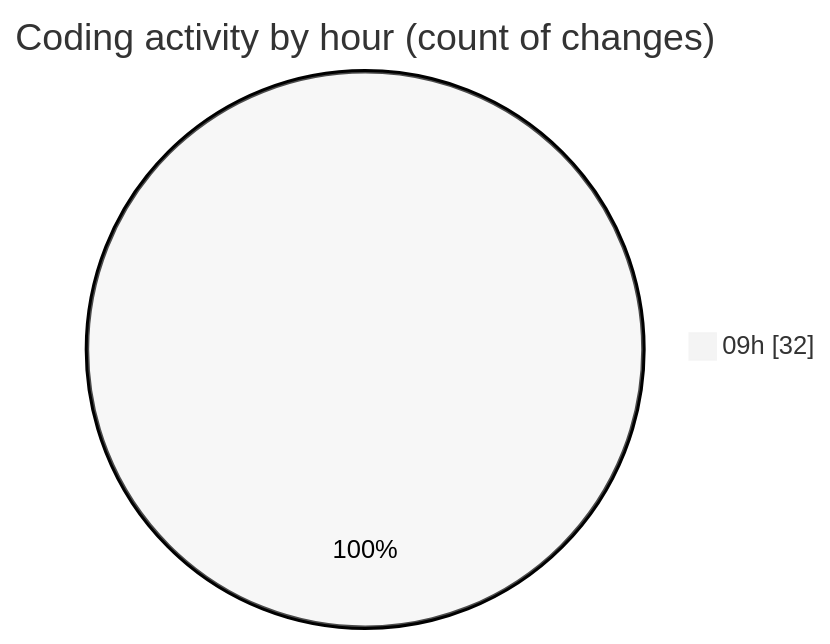
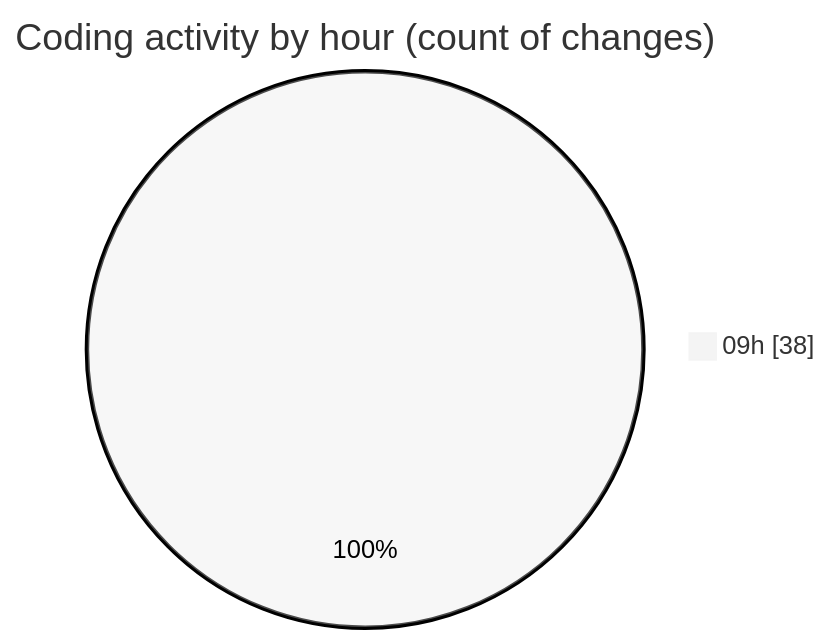
One commit to momahboobian/code-tracking changed the second of 2 diagrams in 2026-06-17/cda/README.md. Above: the diagram before and after it, drawn with Mermaid (neutral theme). The commit also changed other lines of this file and 1 other file, not shown here.

````diff
--- a/2026-06-17/cda/README.md
+++ b/2026-06-17/cda/README.md
@@ -35,5 +35,5 @@
 ```mermaid
 pie showData
 title Coding activity by hour (count of changes)
-"09h" : 32
+"09h" : 38
 ```
````
